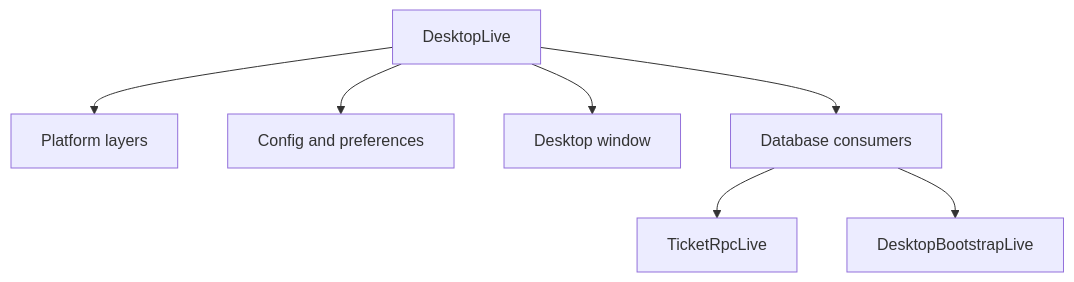
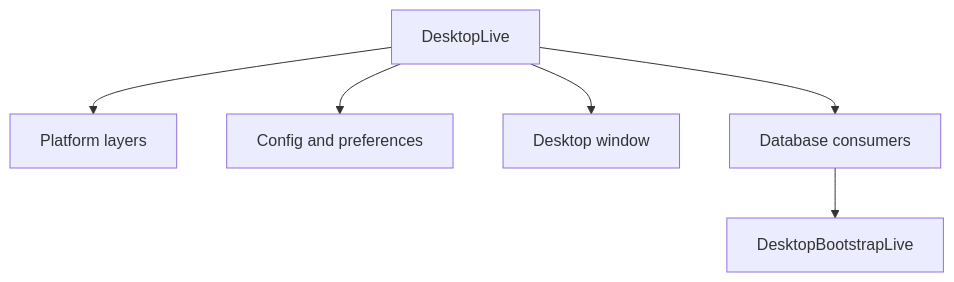
One commit to robertpitt/cycle changed the second of 4 diagrams in packages/desktop/ARCHITECTURE.md. Above: the diagram before and after it, drawn with Mermaid. The commit also changed other lines of this file and 53 other files, not shown here.

````diff
--- a/packages/desktop/ARCHITECTURE.md
+++ b/packages/desktop/ARCHITECTURE.md
@@ -135,17 +140,15 @@
 ```mermaid
 flowchart TD
   DesktopLive["DesktopLive"]
   Platform["Platform layers"]
   Config["Config and preferences"]
   Window["Desktop window"]
   Data["Database consumers"]
-  Rpc["TicketRpcLive"]
   Bootstrap["DesktopBootstrapLive"]
 
   DesktopLive --> Platform
   DesktopLive --> Config
   DesktopLive --> Window
   DesktopLive --> Data
-  Data --> Rpc
   Data --> Bootstrap
 ```
````
